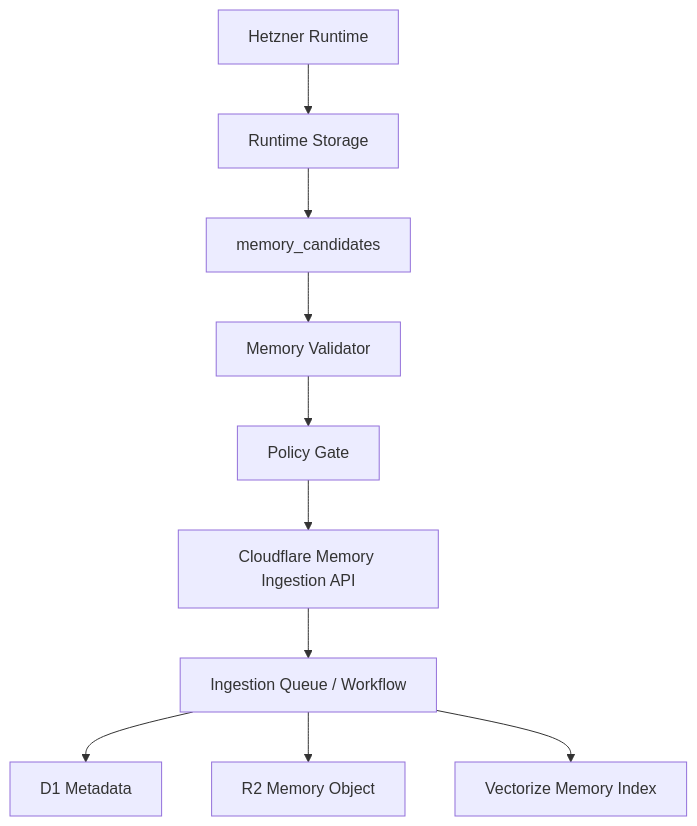
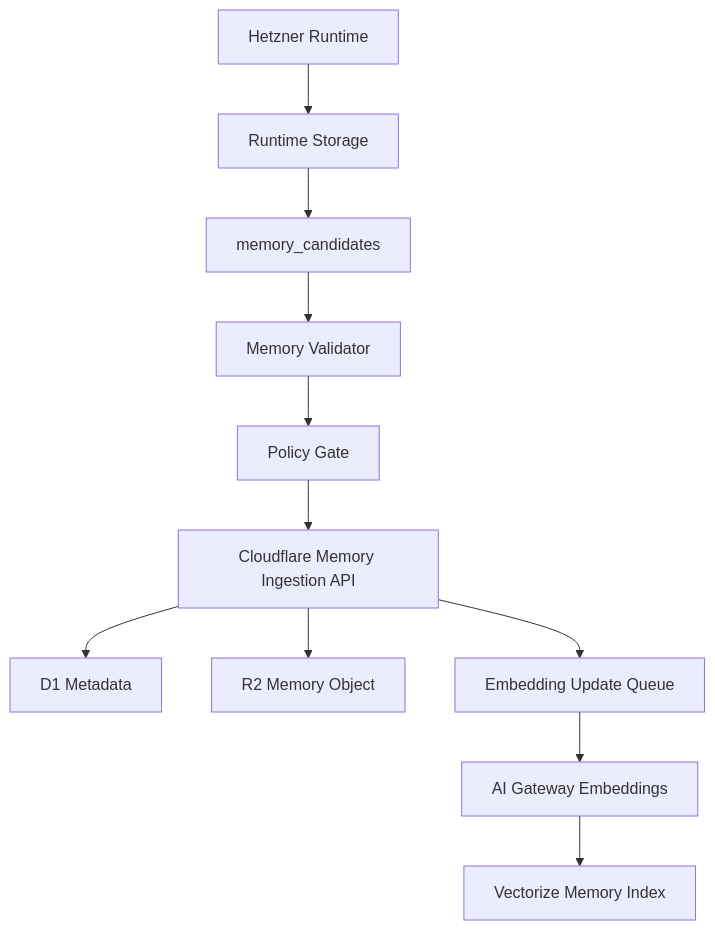
Before and after one commit to KonstantinData/skill-centric-agent-system: the diagram in docs/infrastructure-boundary.md, drawn with Mermaid. The commit also changed other lines of this file and 14 other files, not shown here.

Commit message:
Add queue-backed embedding indexing

````diff
--- a/docs/infrastructure-boundary.md
+++ b/docs/infrastructure-boundary.md
@@ -158,12 +158,13 @@
 ```mermaid
 flowchart TD
     Runtime["Hetzner Runtime"] --> RuntimeStore["Runtime Storage"]
     RuntimeStore --> Candidate["memory_candidates"]
     Candidate --> Validator["Memory Validator"]
     Validator --> Policy["Policy Gate"]
     Policy --> IngestApi["Cloudflare Memory Ingestion API"]
-    IngestApi --> Queue["Ingestion Queue / Workflow"]
-    Queue --> D1["D1 Metadata"]
-    Queue --> R2["R2 Memory Object"]
-    Queue --> Vectorize["Vectorize Memory Index"]
+    IngestApi --> D1["D1 Metadata"]
+    IngestApi --> R2["R2 Memory Object"]
+    IngestApi --> Queue["Embedding Update Queue"]
+    Queue --> Gateway["AI Gateway Embeddings"]
+    Gateway --> Vectorize["Vectorize Memory Index"]
 ```
````
